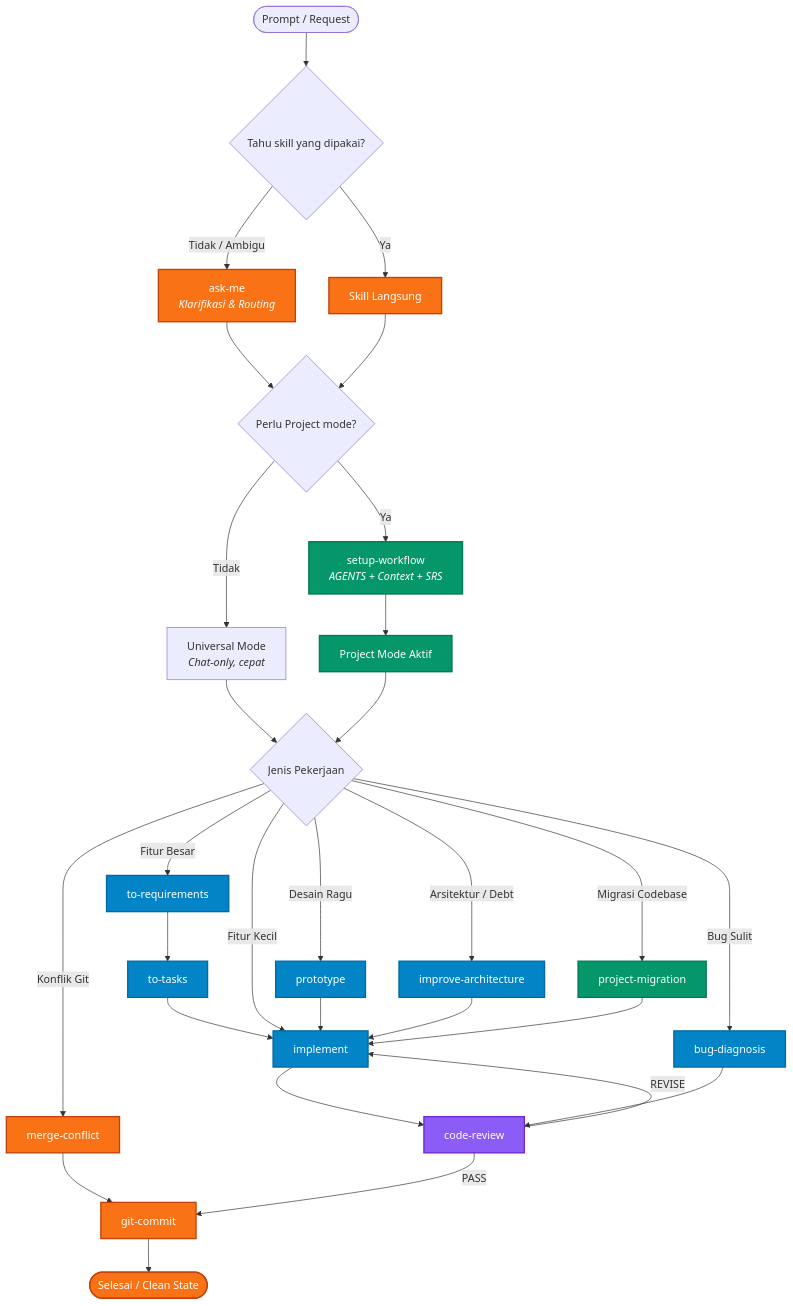
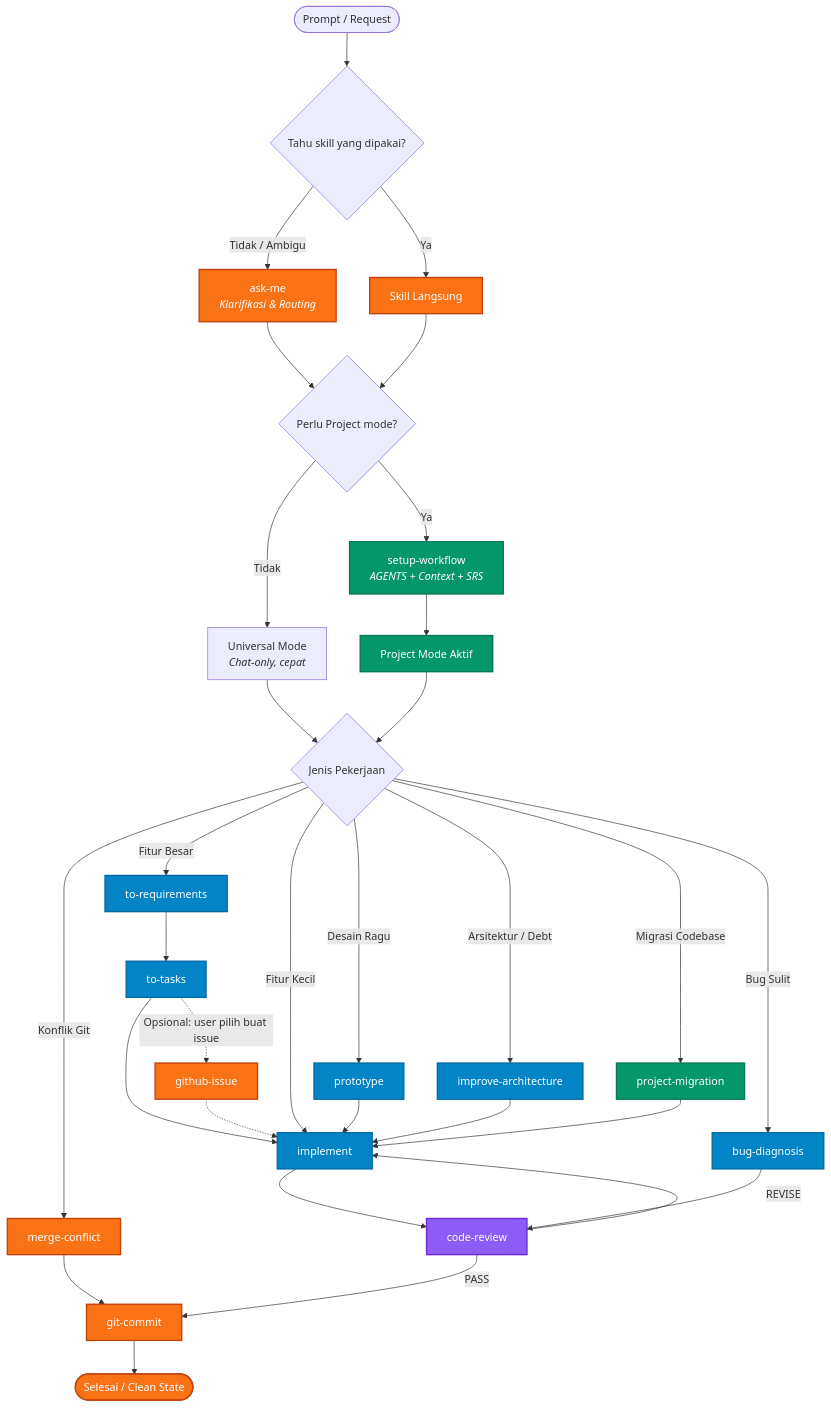
Before and after one commit to Divarizky/dev-workflow-skills: the first of 4 diagrams in README.md, drawn with Mermaid. The commit also changed other lines of this file and 6 other files, not shown here.

First line of the commit message:
feat(skills/dev): link github-issue to to-tasks and sync issue checkboxes

````diff
--- a/README.md
+++ b/README.md
@@ -55,46 +55,48 @@
 ```mermaid
 flowchart TD
     classDef gate fill:#f97316,stroke:#c2410c,stroke-width:2px,color:#fff;
     classDef review fill:#8b5cf6,stroke:#6d28d9,stroke-width:2px,color:#fff;
     classDef build fill:#0284c7,stroke:#0369a1,stroke-width:2px,color:#fff;
     classDef context fill:#059669,stroke:#047857,stroke-width:2px,color:#fff;
 
     USER([Prompt / Request]) --> ENTRY{Tahu skill yang dipakai?}
     ENTRY -->|Tidak / Ambigu| ASK[ask-me<br/><i>Klarifikasi & Routing</i>]:::gate
     ENTRY -->|Ya| DIRECT[Skill Langsung]:::gate
 
     ASK --> MODE{Perlu Project mode?}
     DIRECT --> MODE
 
     MODE -->|Tidak| UNIVERSAL[Universal Mode<br/><i>Chat-only, cepat</i>]
     MODE -->|Ya| SETUP[setup-workflow<br/><i>AGENTS + Context + SRS</i>]:::context
     SETUP --> PROJECT[Project Mode Aktif]:::context
     UNIVERSAL --> ROUTE{Jenis Pekerjaan}
     PROJECT --> ROUTE
 
     %% 7 Cabang
     ROUTE -->|Fitur Besar| REQ[to-requirements]:::build
     REQ --> TASK[to-tasks]:::build
     TASK --> IMP[implement]:::build
+    TASK -.->|Opsional: user pilih buat issue| GHI[github-issue]:::gate
+    GHI -.-> IMP
 
     ROUTE -->|Fitur Kecil| IMP
     ROUTE -->|Bug Sulit| BUG[bug-diagnosis]:::build
     ROUTE -->|Desain Ragu| PROTO[prototype]:::build
     PROTO --> IMP
 
     ROUTE -->|Arsitektur / Debt| ARCH[improve-architecture]:::build
     ARCH --> IMP
 
     ROUTE -->|Konflik Git| CONF[merge-conflict]:::gate
     CONF --> COMMIT[git-commit]:::gate
 
     ROUTE -->|Migrasi Codebase| MIG[project-migration]:::context
     MIG --> IMP
 
     %% Delivery Gate
     IMP --> REV[code-review]:::review
     BUG --> REV
     REV -->|REVISE| IMP
     REV -->|PASS| COMMIT
     COMMIT --> DONE([Selesai / Clean State]):::gate
 ```
````
